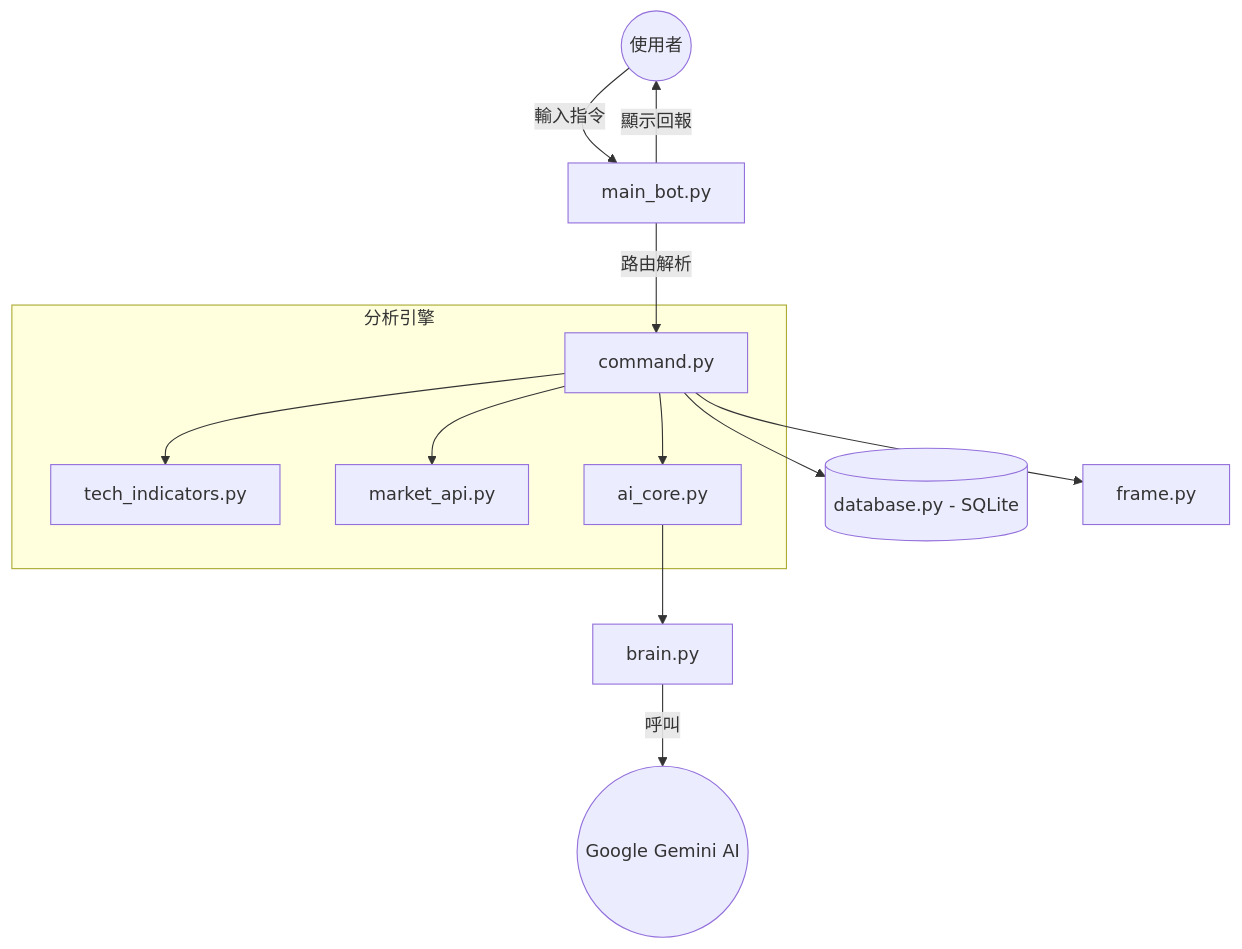
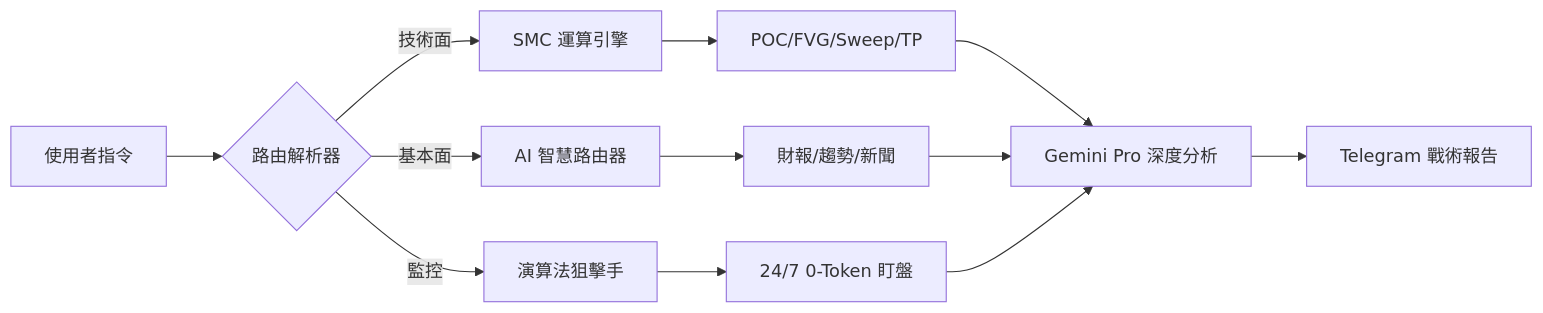
Before and after one commit to kevinp12/Telegram_Stock_Bot: the diagram in README.md, drawn with Mermaid. The commit also changed other lines of this file and 9 other files, not shown here.

````diff
--- a/README.md
+++ b/README.md
@@ -21,19 +24,14 @@
 ```mermaid
-graph TD
-    User((使用者)) -->|輸入指令| Bot[main_bot.py]
-    Bot -->|路由解析| Command[command.py]
+graph LR
+    A[使用者指令] --> B{路由解析器}
+    B -->|技術面| C[SMC 運算引擎]
+    B -->|基本面| D[AI 智慧路由器]
+    B -->|監控| E[演算法狙擊手]
     
-    subgraph 分析引擎
-    Command --> Indicators[tech_indicators.py]
-    Command --> MarketAPI[market_api.py]
-    Command --> AICore[ai_core.py]
-    end
+    C --> F[POC/FVG/Sweep/TP]
+    D --> G[財報/趨勢/新聞]
+    E --> H[24/7 0-Token 盯盤]
     
-    AICore --> Brain[brain.py]
-    Brain -->|呼叫| AI((Google Gemini AI))
-    
-    Command --> DB[(database.py - SQLite)]
-    Command --> Frame[frame.py]
-    
-    Bot -->|顯示回報| User
+    F & G & H --> I[Gemini Pro 深度分析]
+    I --> J[Telegram 戰術報告]
 ```
````
